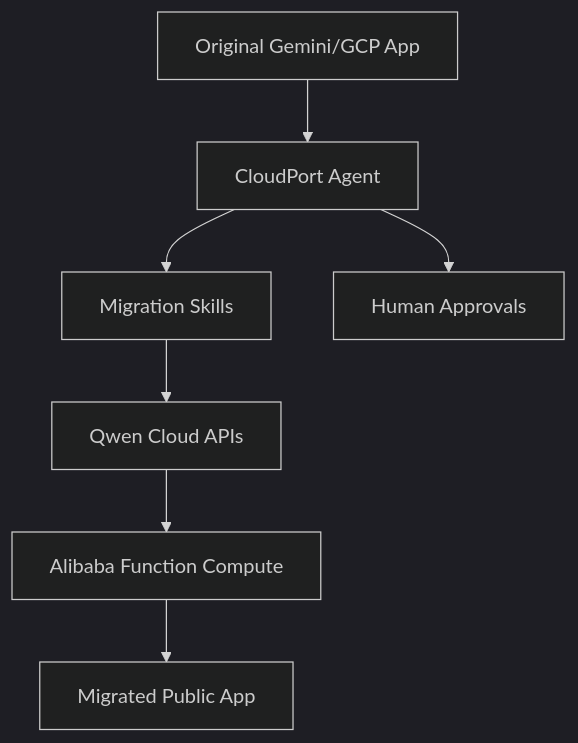
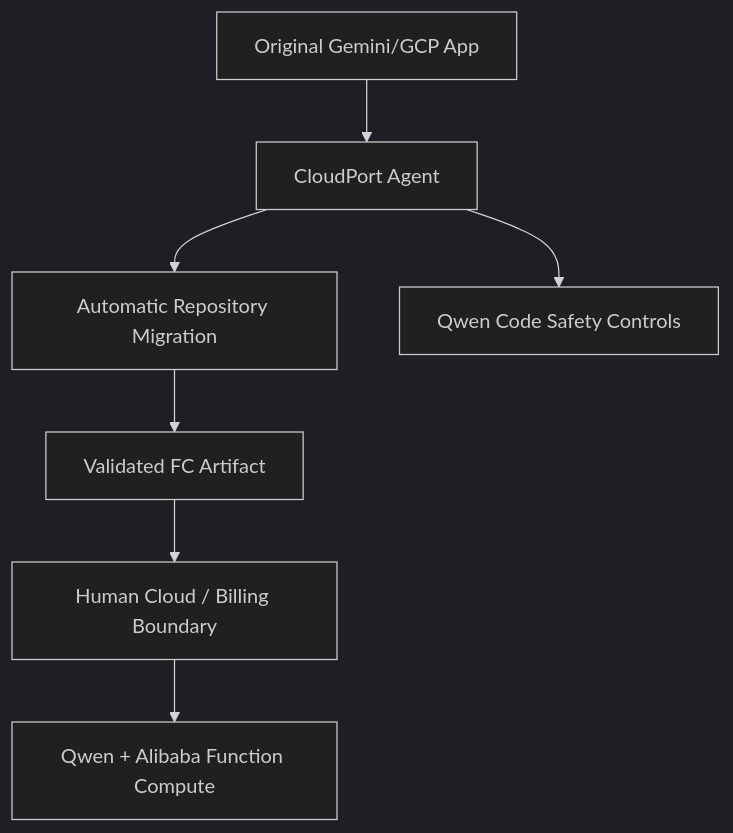
Before and after one commit to webbigdata-jp/cloudport-agent: the diagram in README.md, drawn with Mermaid (dark theme). The commit also changed other lines of this file and 9 other files, not shown here.

````diff
--- a/README.md
+++ b/README.md
@@ -101,9 +97,9 @@
 ```mermaid
 flowchart TD
   A["Original Gemini/GCP App"] --> B["CloudPort Agent"]
-  B --> C["Migration Skills"]
-  B --> D["Human Approvals"]
-  C --> E["Qwen Cloud APIs"]
-  E --> F["Alibaba Function Compute"]
-  F --> G["Migrated Public App"]
+  B --> C["Automatic Repository Migration"]
+  B --> D["Qwen Code Safety Controls"]
+  C --> E["Validated FC Artifact"]
+  E --> F["Human Cloud / Billing Boundary"]
+  F --> G["Qwen + Alibaba Function Compute"]
 ```
````
